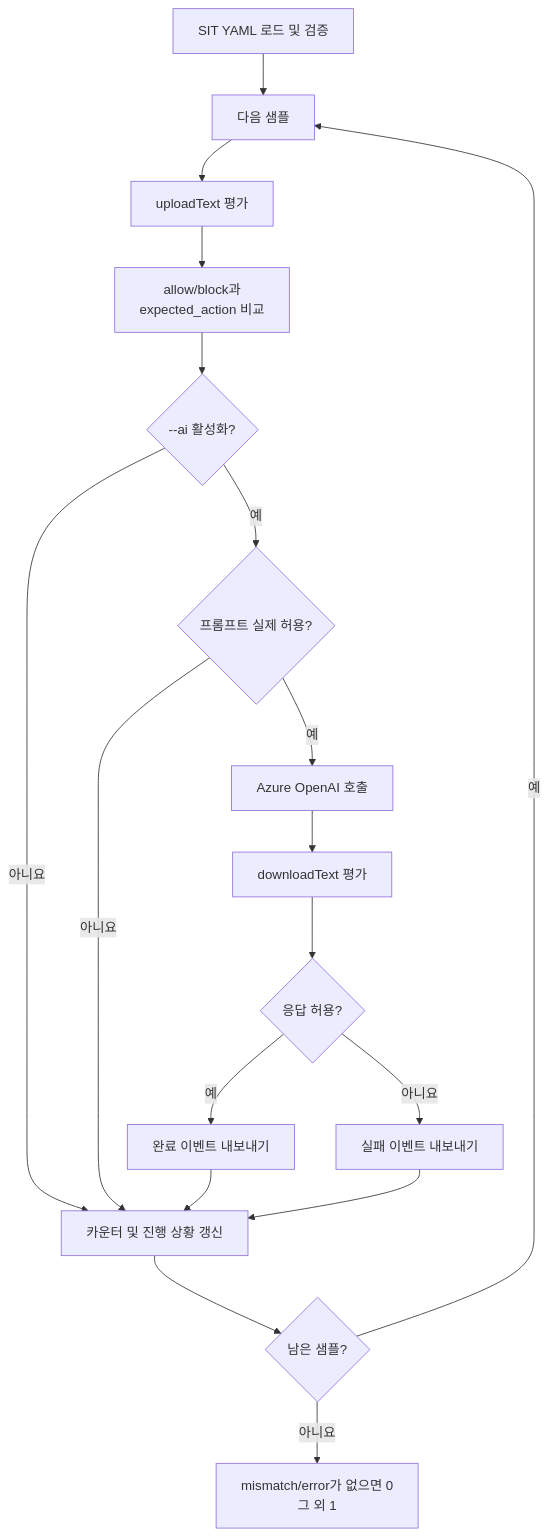
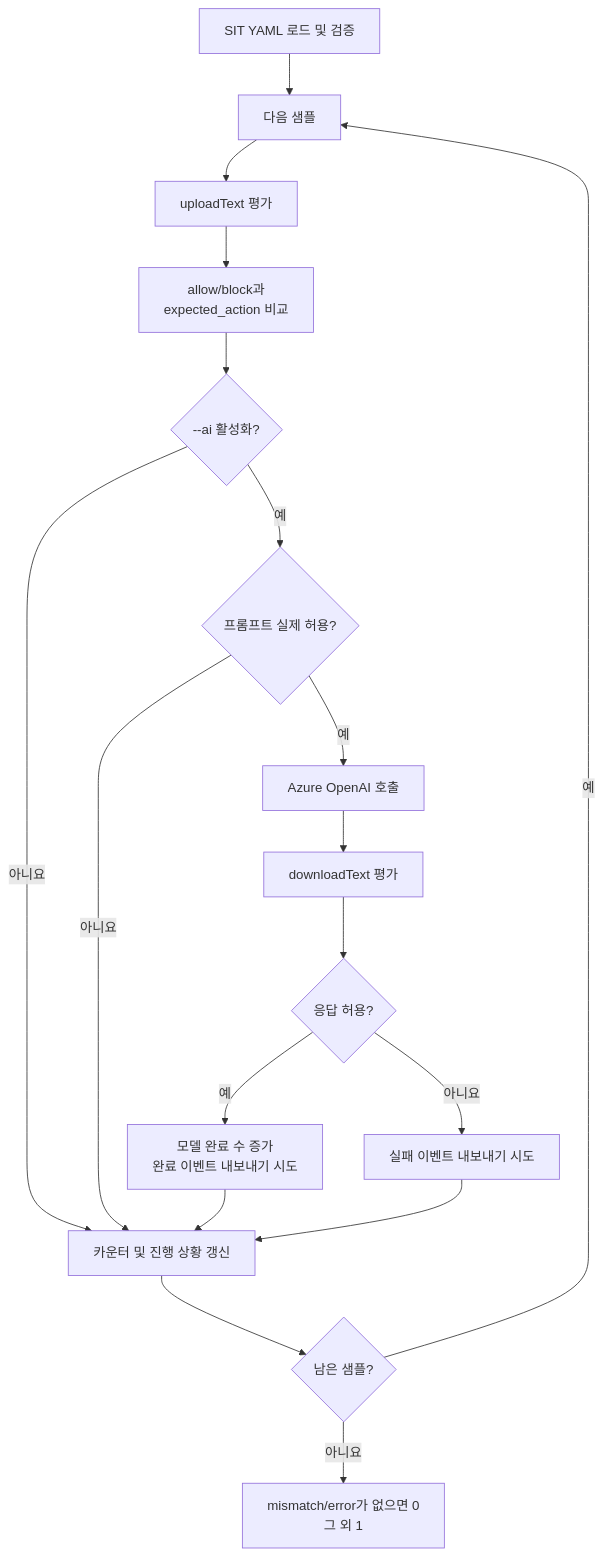
Before and after one commit to patrick-shim/a365-gateway-prototype: the eighth of 9 diagrams in README-KR.md, drawn with Mermaid. The commit also changed other lines of this file and 10 other files, not shown here.

````diff
--- a/README-KR.md
+++ b/README-KR.md
@@ -704,28 +704,28 @@
 ```mermaid
 flowchart TD
     Load[SIT YAML 로드 및 검증]
     Sample[다음 샘플]
     Upload[uploadText 평가]
     Compare[allow/block과<br/>expected_action 비교]
     AiMode{--ai 활성화?}
     Allowed{프롬프트 실제 허용?}
     Model[Azure OpenAI 호출]
     Download[downloadText 평가]
     ResponseAllowed{응답 허용?}
-    Complete[완료 이벤트 내보내기]
-    Fail[실패 이벤트 내보내기]
+    Complete[모델 완료 수 증가<br/>완료 이벤트 내보내기 시도]
+    Fail[실패 이벤트 내보내기 시도]
     Progress[카운터 및 진행 상황 갱신]
     Done{남은 샘플?}
     Exit[mismatch/error가 없으면 0<br/>그 외 1]
 
     Load --> Sample --> Upload --> Compare --> AiMode
     AiMode -->|아니요| Progress
     AiMode -->|예| Allowed
     Allowed -->|아니요| Progress
     Allowed -->|예| Model --> Download --> ResponseAllowed
     ResponseAllowed -->|예| Complete --> Progress
     ResponseAllowed -->|아니요| Fail --> Progress
     Progress --> Done
     Done -->|예| Sample
     Done -->|아니요| Exit
 ```
````
